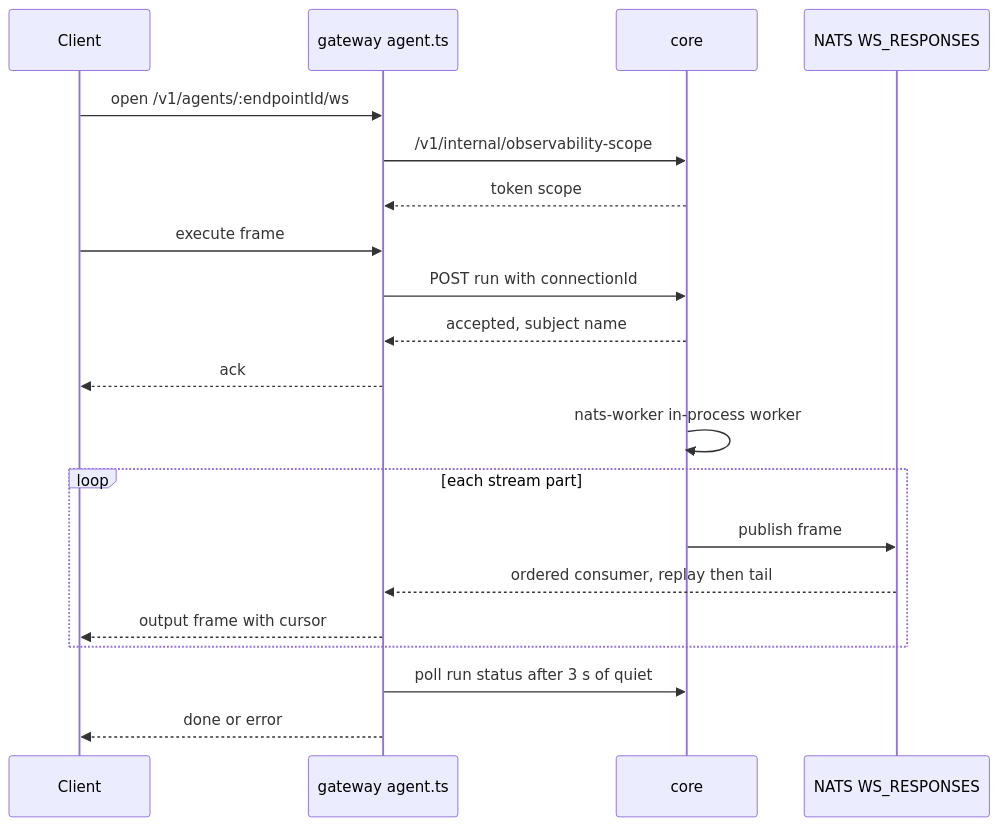
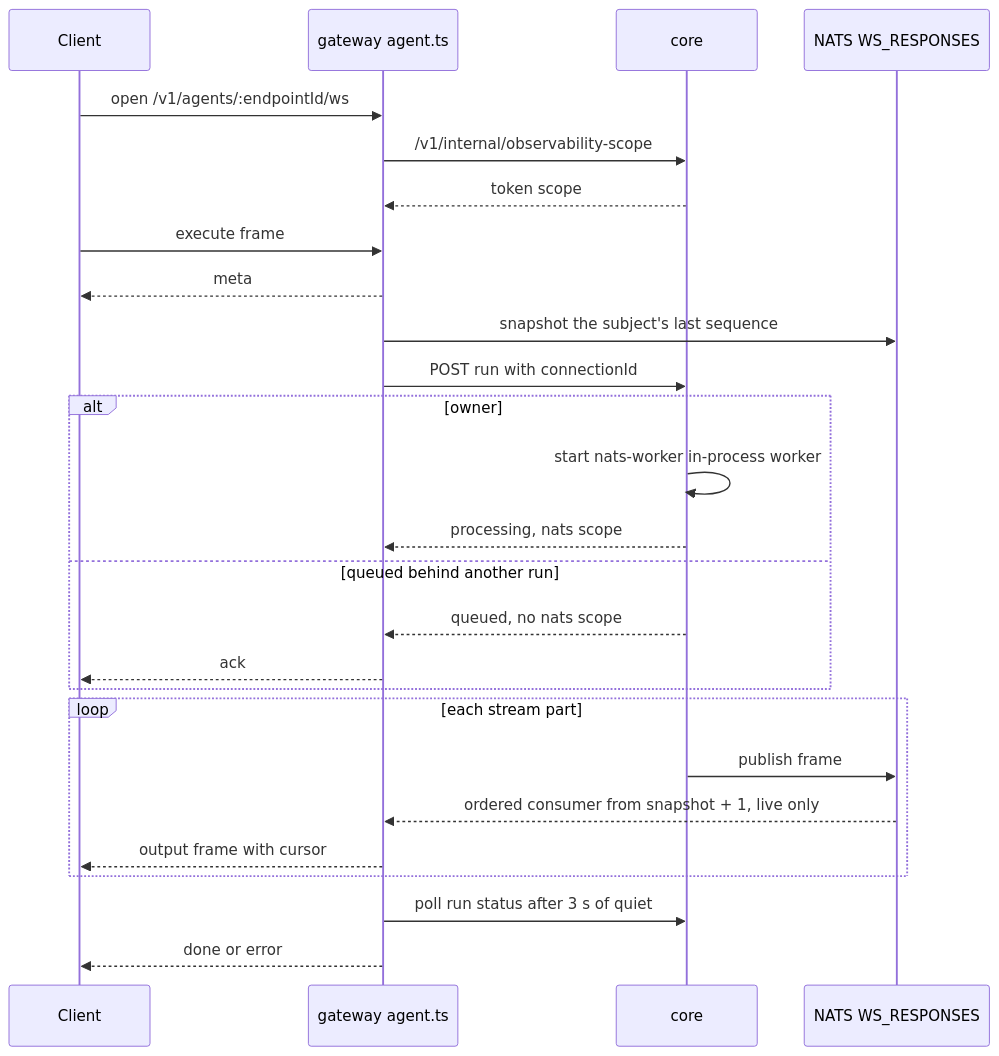
One commit to beeblastco/broods changed the third of 6 diagrams in apps/docs/docs/internals/architecture.md. Above: the diagram before and after it, drawn with Mermaid. The commit also changed other lines of this file and 8 other files, not shown here.

First line of the commit message:
docs: fix internals diagrams that disagreed with the code

````diff
--- a/apps/docs/docs/internals/architecture.md
+++ b/apps/docs/docs/internals/architecture.md
@@ -123,22 +127,28 @@
 ```mermaid
 sequenceDiagram
   participant C as Client
   participant G as gateway agent.ts
   participant H as core
   participant N as NATS WS_RESPONSES
   C->>G: open /v1/agents/:endpointId/ws
   G->>H: /v1/internal/observability-scope
   H-->>G: token scope
   C->>G: execute frame
+  G-->>C: meta
+  G->>N: snapshot the subject's last sequence
   G->>H: POST run with connectionId
-  H-->>G: accepted, subject name
-  G-->>C: ack
-  H->>H: nats-worker in-process worker
+  alt owner
+    H->>H: start nats-worker in-process worker
+    H-->>G: processing, nats scope
+  else queued behind another run
+    H-->>G: queued, no nats scope
+    G-->>C: ack
+  end
   loop each stream part
     H->>N: publish frame
-    N-->>G: ordered consumer, replay then tail
+    N-->>G: ordered consumer from snapshot + 1, live only
     G-->>C: output frame with cursor
   end
   G->>H: poll run status after 3 s of quiet
   G-->>C: done or error
 ```
````
